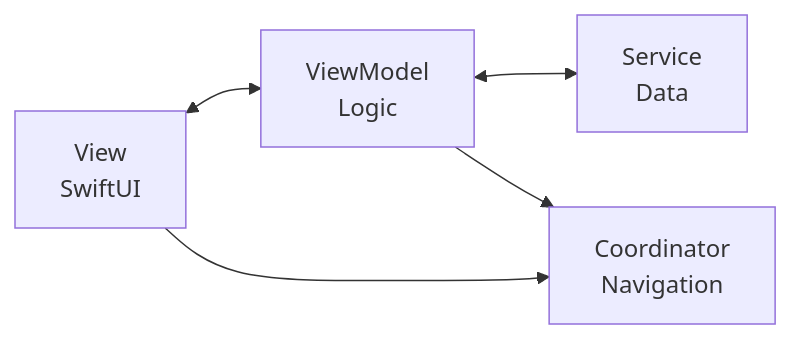
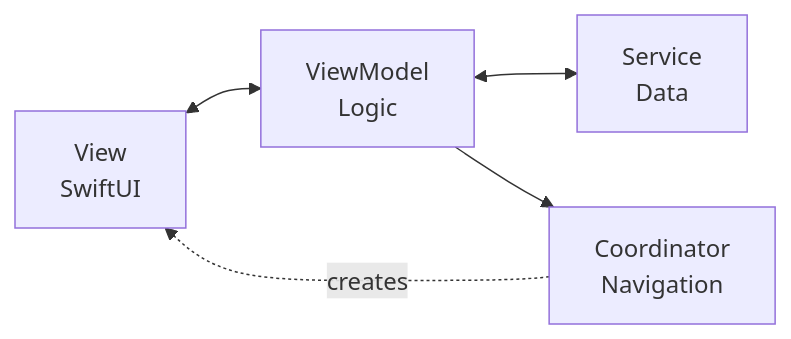
Before and after one commit to Bashta/BankingAppPOC: the second of 6 diagrams in readme/01-architecture-overview.md, drawn with Mermaid. The commit also changed other lines of this file and 2 other files, not shown here.

First line of the commit message:
docs: Update architecture name from MVVM-C to MVVM-C-R

````diff
--- a/readme/01-architecture-overview.md
+++ b/readme/01-architecture-overview.md
@@ -33,7 +33,7 @@
 ```mermaid
 graph LR
     View[View<br/>SwiftUI] <--> ViewModel[ViewModel<br/>Logic]
     ViewModel <--> Service[Service<br/>Data]
-    View --> Coordinator[Coordinator<br/>Navigation]
-    ViewModel --> Coordinator
+    ViewModel --> Coordinator[Coordinator<br/>Navigation]
+    Coordinator -.->|creates| View
 ```
````
